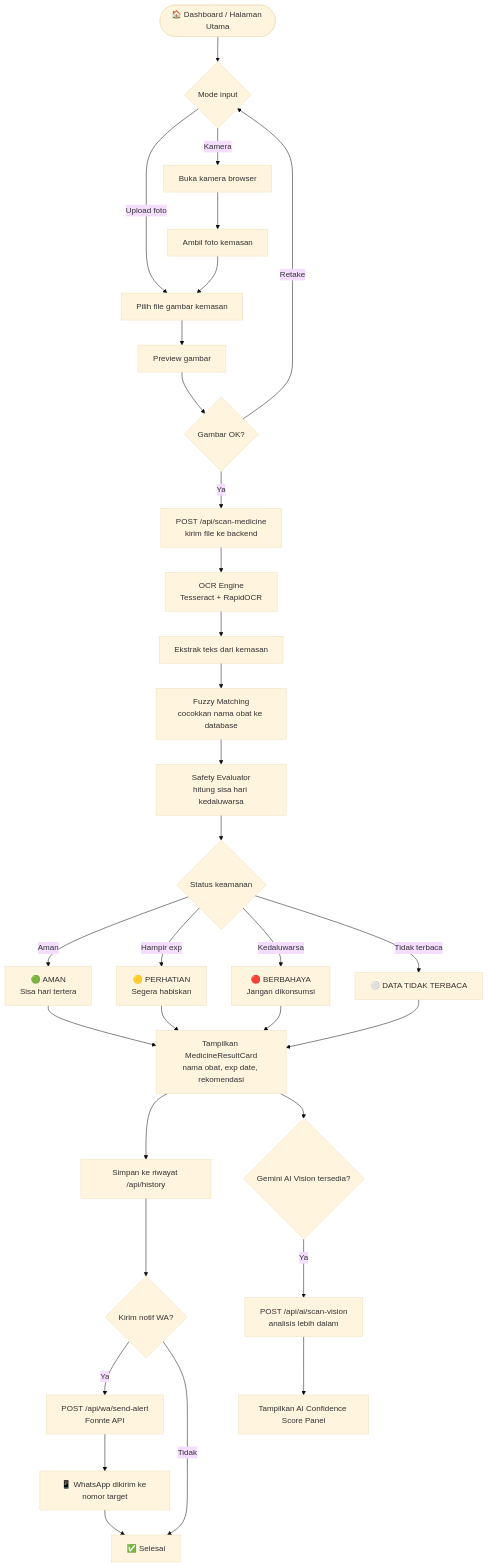
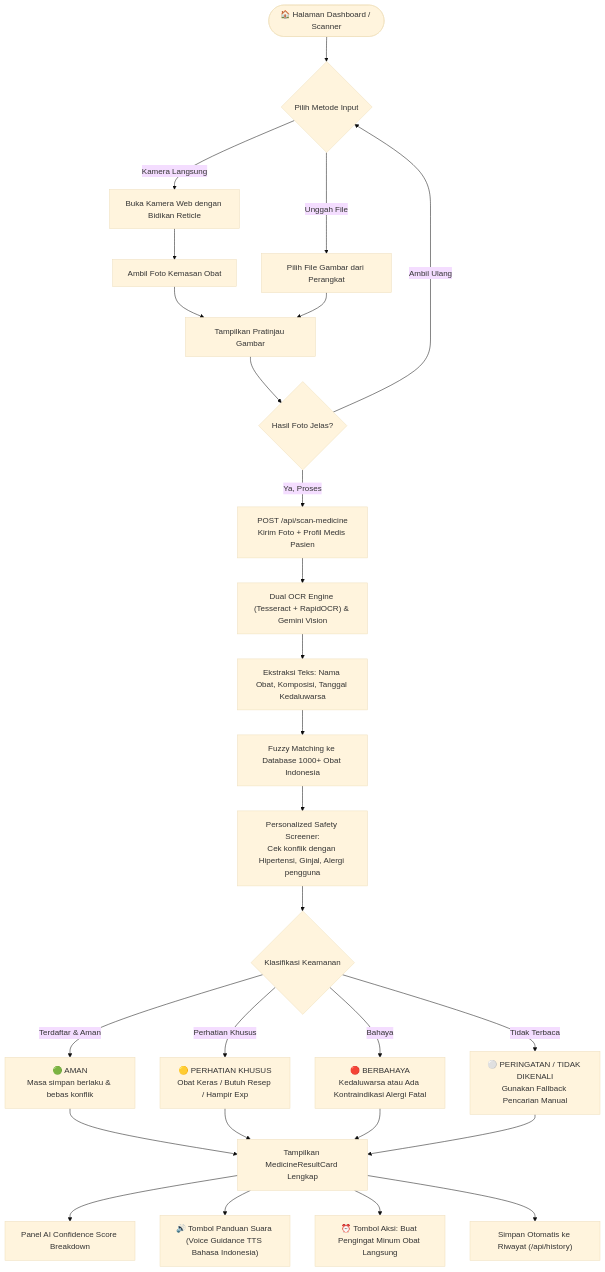
The third of 8 diagrams in README.md (rifqiaunur666/pharmashield-project), drawn with Mermaid (base theme) before and after one commit. The commit also changed other lines of this file, not shown here.

````diff
--- a/README.md
+++ b/README.md
@@ -208,31 +234,28 @@
 ```mermaid
 flowchart TD
-    A([🏠 Dashboard / Halaman Utama]) --> B{Mode input}
-    B -- Upload foto --> C[Pilih file gambar kemasan]
-    B -- Kamera --> D[Buka kamera browser]
-    D --> E[Ambil foto kemasan]
-    E --> C
-    C --> F[Preview gambar]
-    F --> G{Gambar OK?}
-    G -- Retake --> B
-    G -- Ya --> H["POST /api/scan-medicine<br/>kirim file ke backend"]
-    H --> I["OCR Engine<br/>Tesseract + RapidOCR"]
-    I --> J[Ekstrak teks dari kemasan]
-    J --> K["Fuzzy Matching<br/>cocokkan nama obat ke database"]
-    K --> L["Safety Evaluator<br/>hitung sisa hari kedaluwarsa"]
-    L --> M{Status keamanan}
-    M -- Aman --> N["🟢 AMAN<br/>Sisa hari tertera"]
-    M -- Hampir exp --> O["🟡 PERHATIAN<br/>Segera habiskan"]
-    M -- Kedaluwarsa --> P["🔴 BERBAHAYA<br/>Jangan dikonsumsi"]
-    M -- Tidak terbaca --> Q[⚪ DATA TIDAK TERBACA]
-    N & O & P & Q --> R["Tampilkan MedicineResultCard<br/>nama obat, exp date, rekomendasi"]
-    R --> S[Simpan ke riwayat /api/history]
-    S --> T{Kirim notif WA?}
-    T -- Ya --> U["POST /api/wa/send-alert<br/>Fonnte API"]
-    U --> V[📱 WhatsApp dikirim ke nomor target]
-    T -- Tidak --> W[✅ Selesai]
-    V --> W
-    R --> X{Gemini AI Vision tersedia?}
-    X -- Ya --> Y["POST /api/ai/scan-vision<br/>analisis lebih dalam"]
-    Y --> Z[Tampilkan AI Confidence Score Panel]
+    A([🏠 Halaman Dashboard / Scanner]) --> B{Pilih Metode Input}
+    B -- Kamera Langsung --> C["Buka Kamera Web dengan Bidikan Reticle"]
+    C --> D[Ambil Foto Kemasan Obat]
+    B -- Unggah File --> E[Pilih File Gambar dari Perangkat]
+    D & E --> F[Tampilkan Pratinjau Gambar]
+    F --> G{Hasil Foto Jelas?}
+    G -- Ambil Ulang --> B
+    G -- Ya, Proses --> H["POST /api/scan-medicine<br/>Kirim Foto + Profil Medis Pasien"]
+    
+    H --> I["Dual OCR Engine (Tesseract + RapidOCR) & Gemini Vision"]
+    I --> J["Ekstraksi Teks: Nama Obat, Komposisi, Tanggal Kedaluwarsa"]
+    J --> K["Fuzzy Matching ke Database 1000+ Obat Indonesia"]
+    K --> L["Personalized Safety Screener:<br/>Cek konflik dengan Hipertensi, Ginjal, Alergi pengguna"]
+    L --> M{Klasifikasi Keamanan}
+    
+    M -- Terdaftar & Aman --> N["🟢 AMAN<br/>Masa simpan berlaku & bebas konflik"]
+    M -- Perhatian Khusus --> O["🟡 PERHATIAN KHUSUS<br/>Obat Keras / Butuh Resep / Hampir Exp"]
+    M -- Bahaya --> P["🔴 BERBAHAYA<br/>Kedaluwarsa atau Ada Kontraindikasi Alergi Fatal"]
+    M -- Tidak Terbaca --> Q["⚪ PERINGATAN / TIDAK DIKENALI<br/>Gunakan Fallback Pencarian Manual"]
+
+    N & O & P & Q --> R["Tampilkan MedicineResultCard Lengkap"]
+    R --> S["Panel AI Confidence Score Breakdown"]
+    R --> T["🔊 Tombol Panduan Suara (Voice Guidance TTS Bahasa Indonesia)"]
+    R --> U["⏰ Tombol Aksi: Buat Pengingat Minum Obat Langsung"]
+    R --> V["Simpan Otomatis ke Riwayat (/api/history)"]
 ```
````
